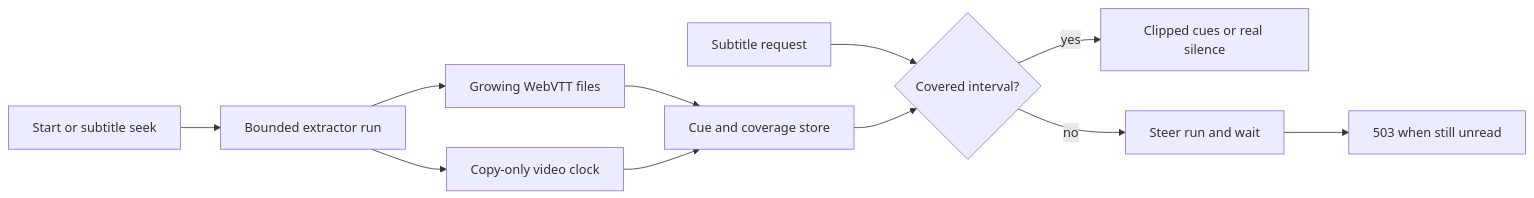
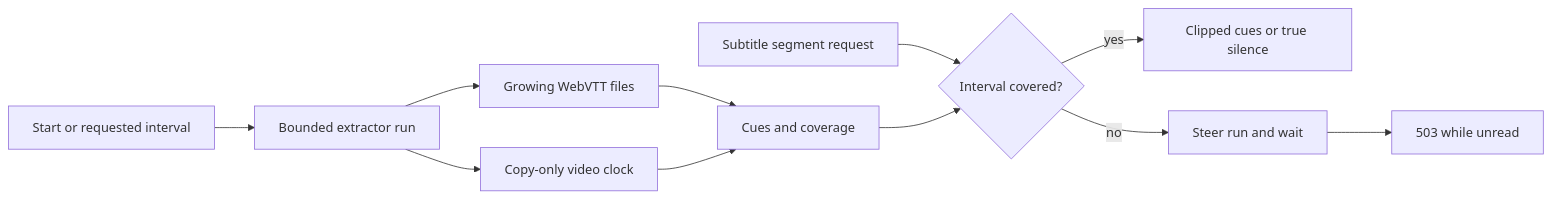
Before and after one commit to VeroxAUS/homestream: the diagram in droid-wiki/systems/playback/subtitles.md, drawn with Mermaid. The commit also changed other lines of this file and 58 other files, not shown here.

````diff
--- a/droid-wiki/systems/playback/subtitles.md
+++ b/droid-wiki/systems/playback/subtitles.md
@@ -17,13 +27,13 @@
 ```mermaid
 graph LR
-    Start[Start or subtitle seek] --> Run[Bounded extractor run]
+    Target[Start or requested interval] --> Run[Bounded extractor run]
     Run --> VTT[Growing WebVTT files]
     Run --> Clock[Copy-only video clock]
-    VTT --> Store[Cue and coverage store]
+    VTT --> Store[Cues and coverage]
     Clock --> Store
-    Request[Subtitle request] --> Covered{Covered interval?}
+    Request[Subtitle segment request] --> Covered{Interval covered?}
     Store --> Covered
-    Covered -->|yes| Render[Clipped cues or real silence]
+    Covered -->|yes| Render[Clipped cues or true silence]
     Covered -->|no| Wait[Steer run and wait]
-    Wait --> Retry[503 when still unread]
+    Wait --> Retry[503 while unread]
 ```
````
